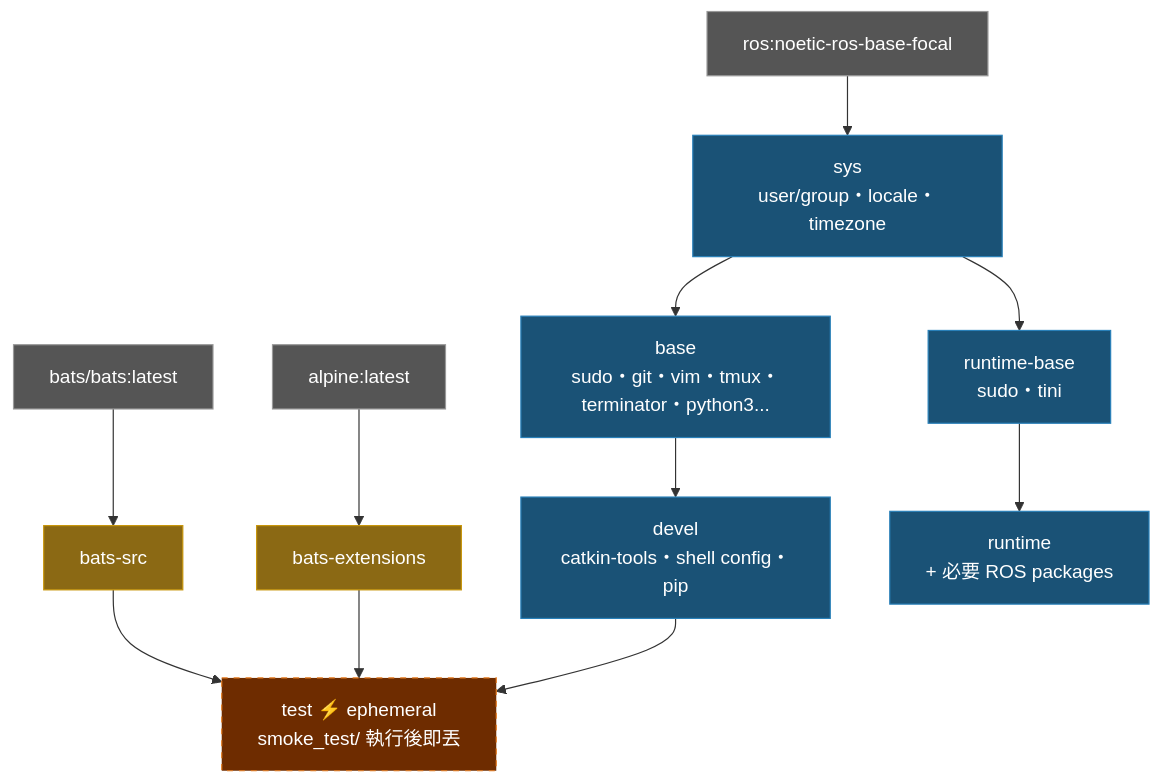
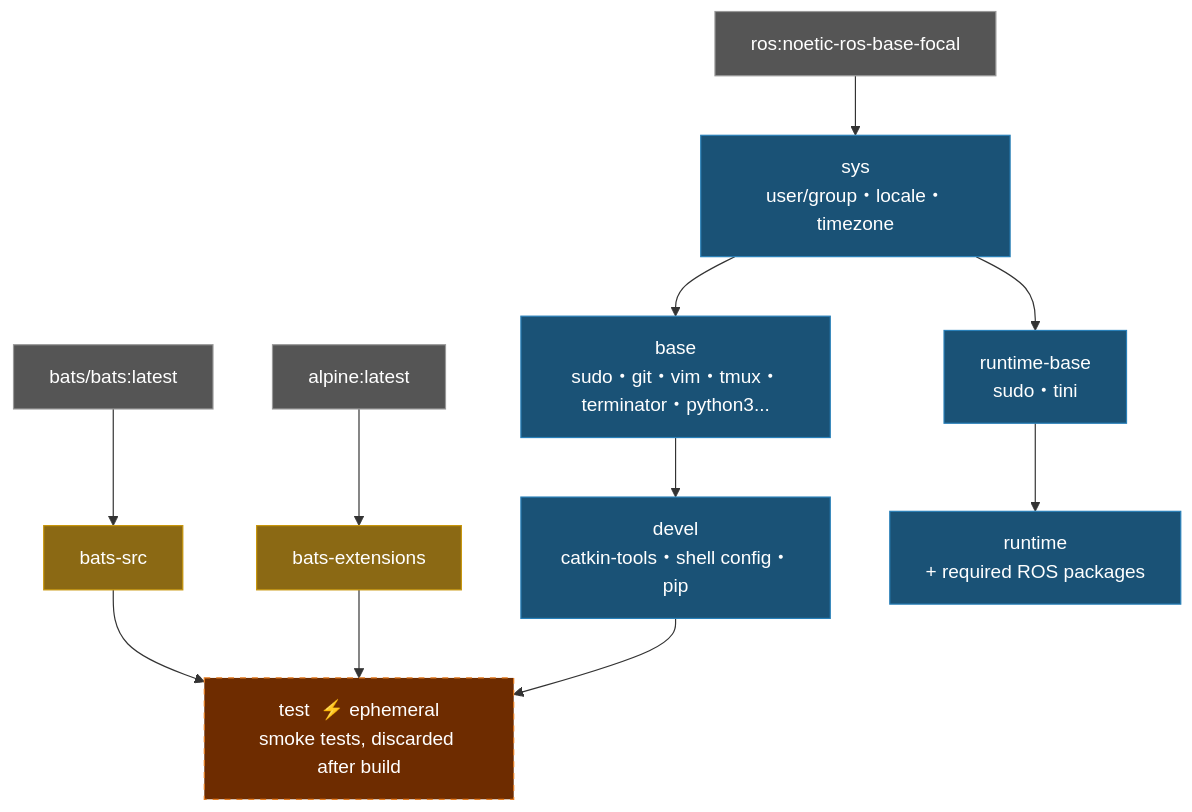
The diagram in README.md (ycpss91255-docker/ros_noetic), drawn with Mermaid before and after one commit. The commit also changed other lines of this file and 8 other files, not shown here.

````diff
--- a/README.md
+++ b/README.md
@@ -83,26 +126,26 @@
 ```mermaid
 graph TD
     EXT1["bats/bats:latest"]:::external
     EXT2["alpine:latest"]:::external
     EXT3["ros:noetic-ros-base-focal"]:::external
 
     EXT1 --> bats-src["bats-src"]:::tool
     EXT2 --> bats-ext["bats-extensions"]:::tool
 
     EXT3 --> sys["sys\nuser/group・locale・timezone"]:::stage
 
     sys --> base["base\nsudo・git・vim・tmux・terminator・python3..."]:::stage
     base --> devel["devel\ncatkin-tools・shell config・pip"]:::stage
 
-    bats-src --> test["test  ⚡ ephemeral\nsmoke_test/ 執行後即丟"]:::ephemeral
+    bats-src --> test["test  ⚡ ephemeral\nsmoke tests, discarded after build"]:::ephemeral
     bats-ext --> test
     devel --> test
 
     sys --> runtime-base["runtime-base\nsudo・tini"]:::stage
-    runtime-base --> runtime["runtime\n+ 必要 ROS packages"]:::stage
+    runtime-base --> runtime["runtime\n+ required ROS packages"]:::stage
 
     classDef external fill:#555,color:#fff,stroke:#999
     classDef tool fill:#8B6914,color:#fff,stroke:#c8960c
     classDef stage fill:#1a5276,color:#fff,stroke:#2980b9
     classDef ephemeral fill:#6e2c00,color:#fff,stroke:#e67e22,stroke-dasharray:5 5
 ```
````
